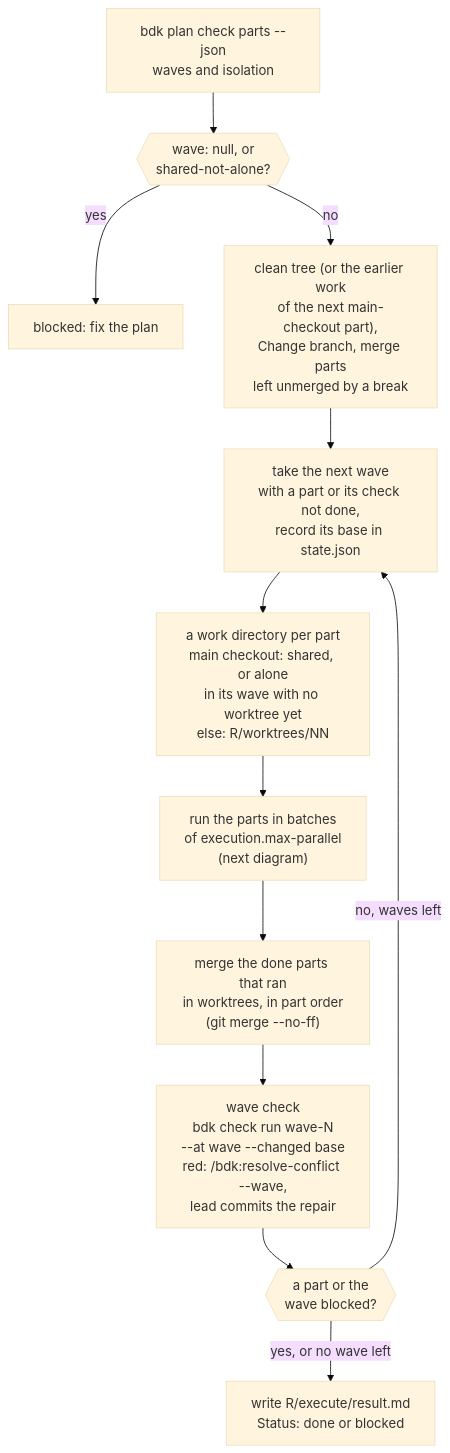
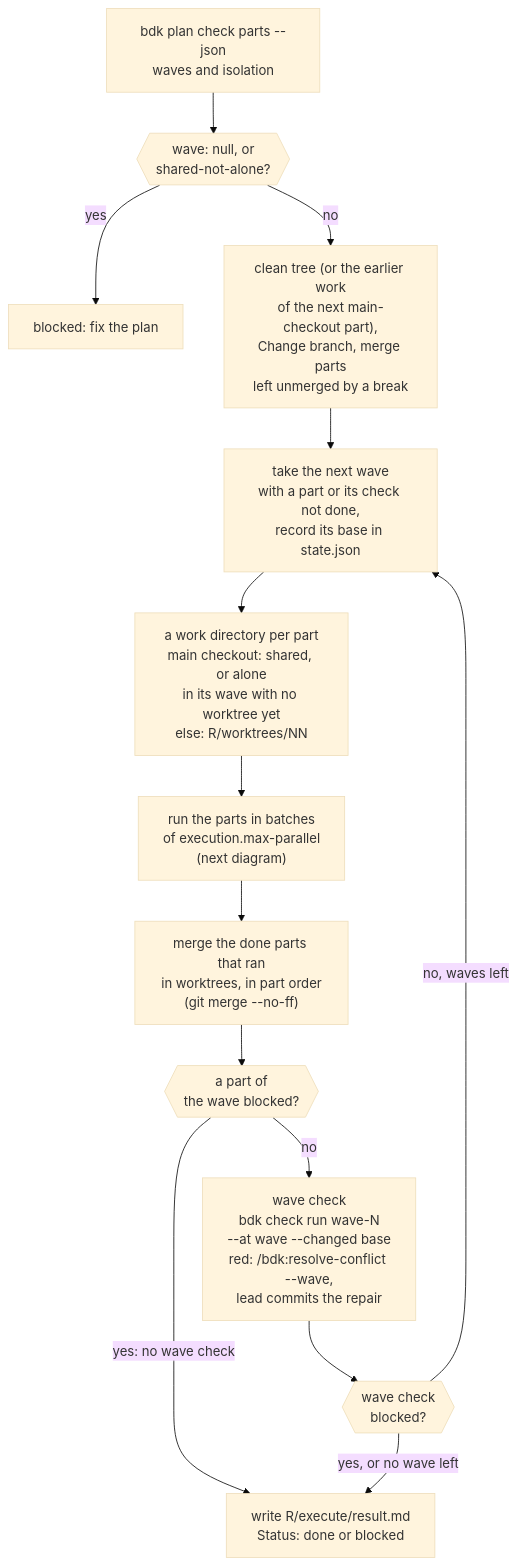
The sixth of 16 diagrams in docs/concepts/orchestrators.md (broneq/bdk), drawn with Mermaid (base theme) before and after one commit. The commit also changed other lines of this file and 14 other files, not shown here.

First line of the commit message:
docs(concepts): bring the diagrams up to date with the skills

````diff
--- a/docs/concepts/orchestrators.md
+++ b/docs/concepts/orchestrators.md
@@ -125,14 +126,16 @@
 ```mermaid
 flowchart TB
   W0["bdk plan check parts --json<br/>waves and isolation"] --> W1{{"wave: null, or<br/>shared-not-alone?"}}
   W1 -->|"yes"| BL0["blocked: fix the plan"]
   W1 -->|"no"| W2["clean tree (or the earlier work<br/>of the next main-checkout part),<br/>Change branch, merge parts<br/>left unmerged by a break"]
   W2 --> W3["take the next wave<br/>with a part or its check not done,<br/>record its base in state.json"]
   W3 --> W4["a work directory per part<br/>main checkout: shared, or alone<br/>in its wave with no worktree yet<br/>else: R/worktrees/NN"]
   W4 --> W5["run the parts in batches<br/>of execution.max-parallel<br/>(next diagram)"]
   W5 --> W6["merge the done parts that ran<br/>in worktrees, in part order<br/>(git merge --no-ff)"]
-  W6 --> WC["wave check<br/>bdk check run wave-N<br/>--at wave --changed base<br/>red: /bdk:resolve-conflict --wave,<br/>lead commits the repair"]
-  WC --> NW{{"a part or the<br/>wave blocked?"}}
+  W6 --> PB{{"a part of<br/>the wave blocked?"}}
+  PB -->|"no"| WC["wave check<br/>bdk check run wave-N<br/>--at wave --changed base<br/>red: /bdk:resolve-conflict --wave,<br/>lead commits the repair"]
+  PB -->|"yes: no wave check"| RES
+  WC --> NW{{"wave check<br/>blocked?"}}
   NW -->|"no, waves left"| W3
   NW -->|"yes, or no wave left"| RES["write R/execute/result.md<br/>Status: done or blocked"]
 ```
````
